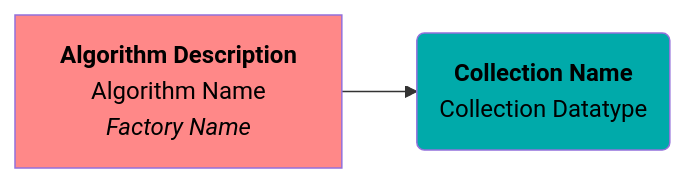
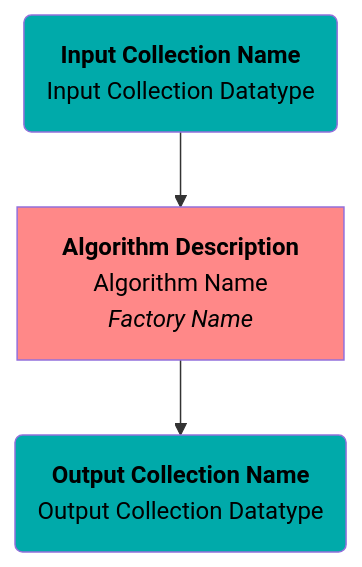
The first of 5 diagrams in src/detectors/DRICH/README.md (eic/EICrecon), drawn with Mermaid before and after one commit. The commit also changed other lines of this file, not shown here.

````diff
--- a/src/detectors/DRICH/README.md
+++ b/src/detectors/DRICH/README.md
@@ -5,8 +5,9 @@
 ```mermaid
-flowchart LR
+flowchart TB
   classDef alg fill:#ff8888,color:black
   classDef col fill:#00aaaa,color:black
   Algorithm[<strong>Algorithm Description</strong><br/>Algorithm Name<br><i>Factory Name</i>]:::alg
-  Collection(<strong>Collection Name</strong><br/>Collection Datatype):::col
-  Algorithm --> Collection
+  InputCollection(<strong>Input Collection Name</strong><br/>Input Collection Datatype):::col
+  OutputCollection(<strong>Output Collection Name</strong><br/>Output Collection Datatype):::col
+  InputCollection --> Algorithm --> OutputCollection
 ```
````
